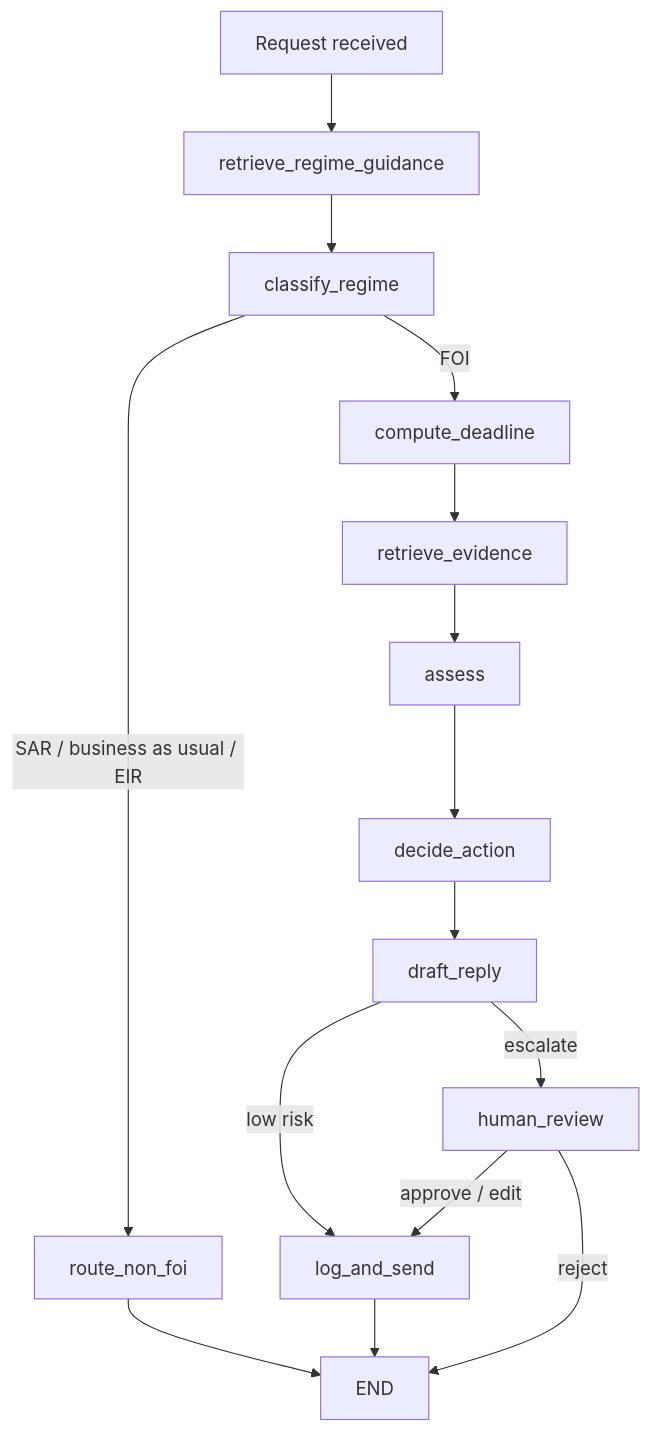
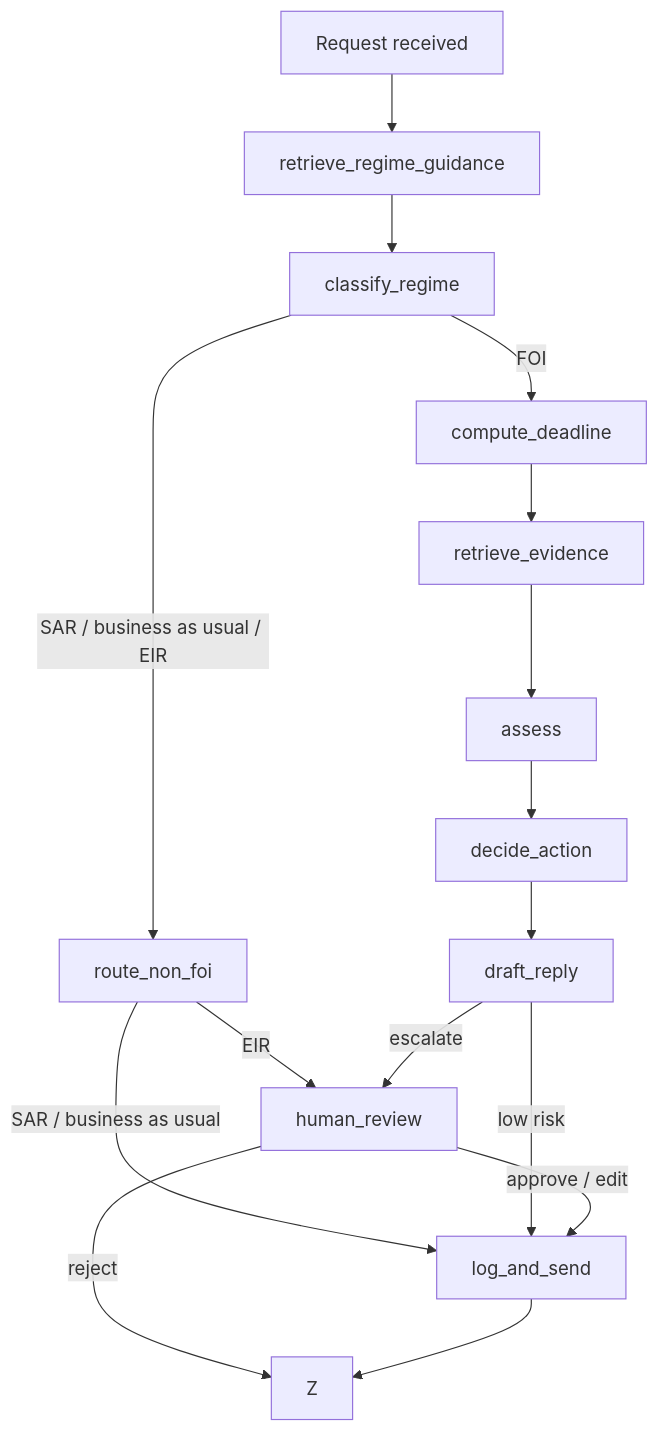
Before and after one commit to ViktoriaLoe/FOI-Agent: the diagram in README.md, drawn with Mermaid. The commit also changed other lines of this file and 8 other files, not shown here.

````diff
--- a/README.md
+++ b/README.md
@@ -47,16 +69,18 @@
 ```mermaid
 flowchart TD
     A[Request received] --> B[retrieve_regime_guidance]
     B --> C[classify_regime]
-    C -->|SAR / business as usual / EIR| D[route_non_foi] --> Z[END]
+    C -->|SAR / business as usual / EIR| D[route_non_foi]
+    D -->|SAR / business as usual| K
+    D -->|EIR| J
     C -->|FOI| E[compute_deadline]
     E --> F[retrieve_evidence]
     F --> G[assess]
     G --> H[decide_action]
     H --> I[draft_reply]
     I -->|low risk| K[log_and_send]
     I -->|escalate| J[human_review]
     J -->|approve / edit| K
     J -->|reject| Z
     K --> Z
 ```
````
